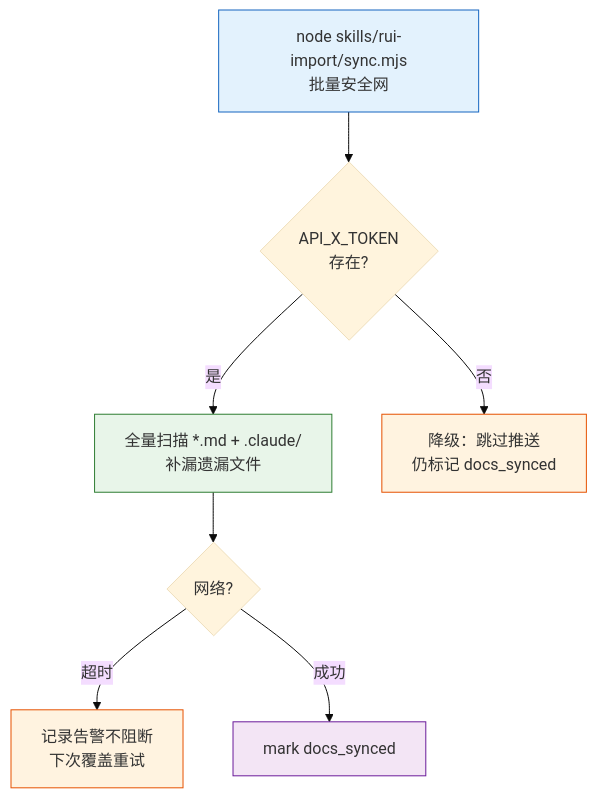
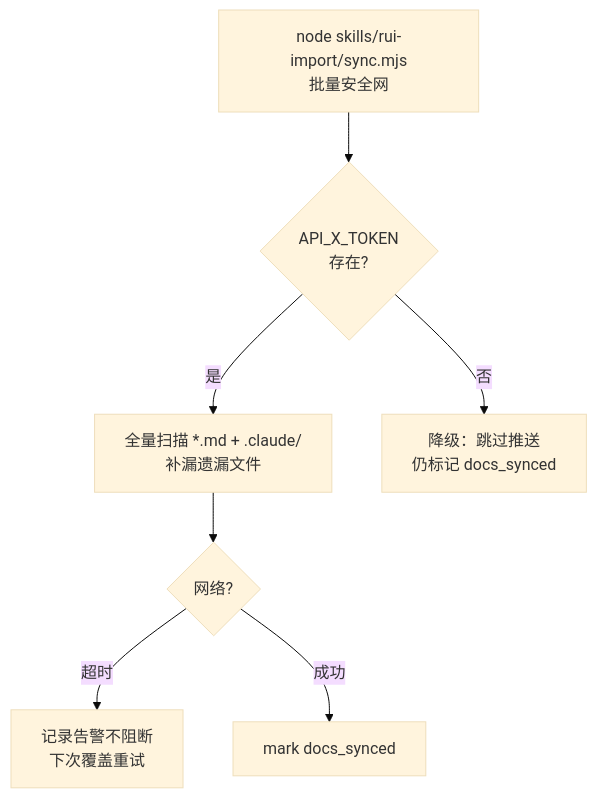
The fourth of 10 diagrams in rules/delivery-gate.md (effiy/YrY), drawn with Mermaid (base theme) before and after one commit. The commit also changed other lines of this file and 61 other files, not shown here.

````diff
--- a/rules/delivery-gate.md
+++ b/rules/delivery-gate.md
@@ -107,14 +96,10 @@
 ```mermaid
 flowchart TD
     SYNC["node skills/rui-import/sync.mjs<br/>批量安全网"]:::step --> Q1{"API_X_TOKEN<br/>存在?"}
     Q1 -->|"是"| PUSH["全量扫描 *.md + .claude/<br/>补漏遗漏文件"]:::push
     Q1 -->|"否"| NOOP["降级：跳过推送<br/>仍标记 docs_synced"]:::warn
     PUSH --> Q2{"网络?"}
     Q2 -->|"超时"| WARN["记录告警不阻断<br/>下次覆盖重试"]:::warn
     Q2 -->|"成功"| MARK["mark docs_synced"]:::mark
 
-    classDef step fill:#e3f2fd,stroke:#1565c0;
-    classDef push fill:#e8f5e9,stroke:#2e7d32;
-    classDef warn fill:#fff3e0,stroke:#e65100;
-    classDef mark fill:#f3e5f5,stroke:#6a1b9a;
 ```
````
